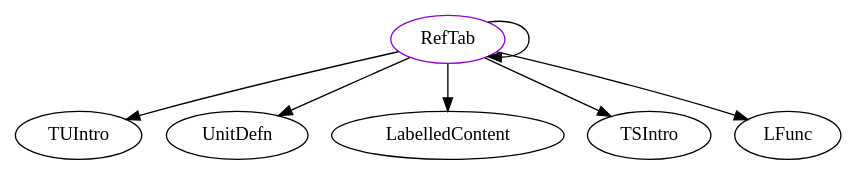
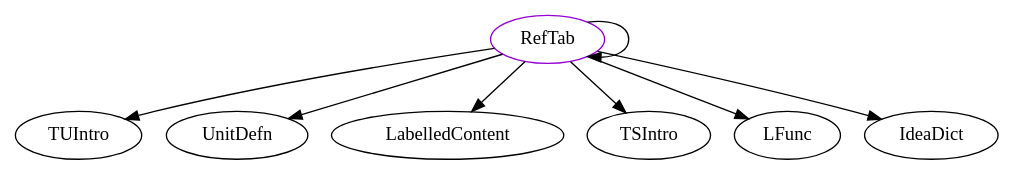
Before and after one commit to JacquesCarette/Drasil: the diagram in analysis/TypeDependencyGraphs/docLang/RefTab.dot, drawn with Graphviz. The commit also changed 855 other files, not shown here.

```diff
--- a/analysis/TypeDependencyGraphs/docLang/RefTab.dot
+++ b/analysis/TypeDependencyGraphs/docLang/RefTab.dot
@@ -1,9 +1,10 @@
 digraph reftab{
 RefTab	[shape=oval, color=darkviolet, label="RefTab"];
 RefTab -> RefTab;
 RefTab -> TUIntro;
 RefTab -> UnitDefn;
 RefTab -> LabelledContent;
 RefTab -> TSIntro;
 RefTab -> LFunc;
+RefTab -> IdeaDict;
 }
```
